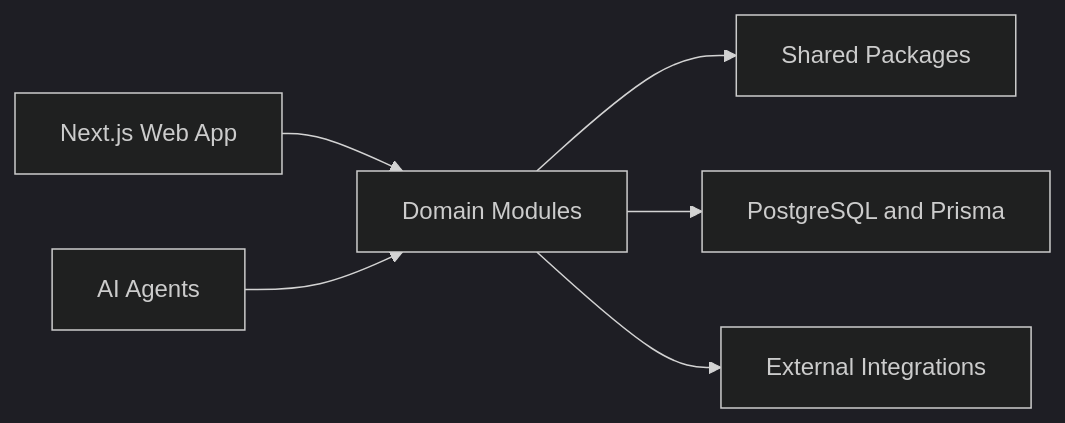
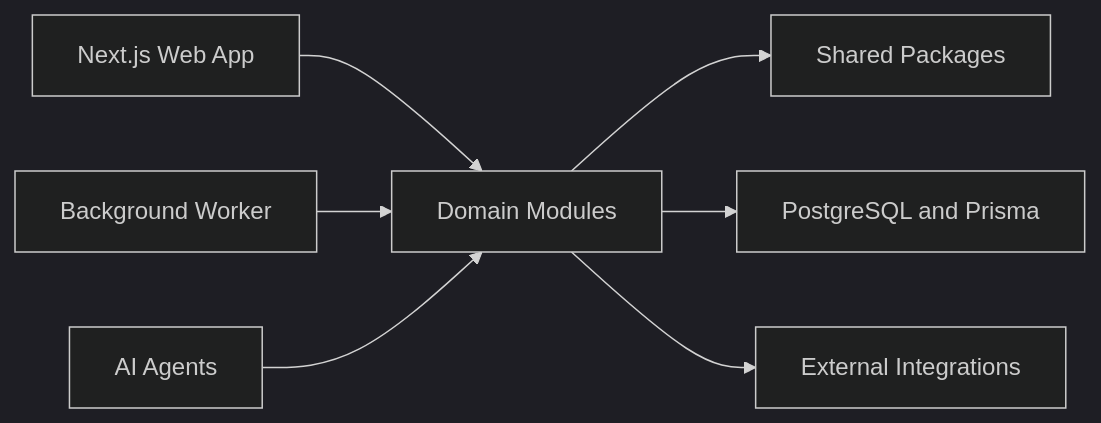
One commit to premhiru/fieldos changed the diagram in docs/02_ARCHITECTURE.md. Above: the diagram before and after it, drawn with Mermaid (dark theme). The commit also changed other lines of this file and 29 other files, not shown here.

````diff
--- a/docs/02_ARCHITECTURE.md
+++ b/docs/02_ARCHITECTURE.md
@@ -27,15 +28,17 @@
 ```mermaid
 flowchart LR
   Web["Next.js Web App"]
   Domain["Domain Modules"]
   Shared["Shared Packages"]
   Database["PostgreSQL and Prisma"]
   Integrations["External Integrations"]
   Agents["AI Agents"]
+  Worker["Background Worker"]
 
   Web --> Domain
   Domain --> Shared
   Domain --> Database
   Domain --> Integrations
+  Worker --> Domain
   Agents --> Domain
 ```
````
